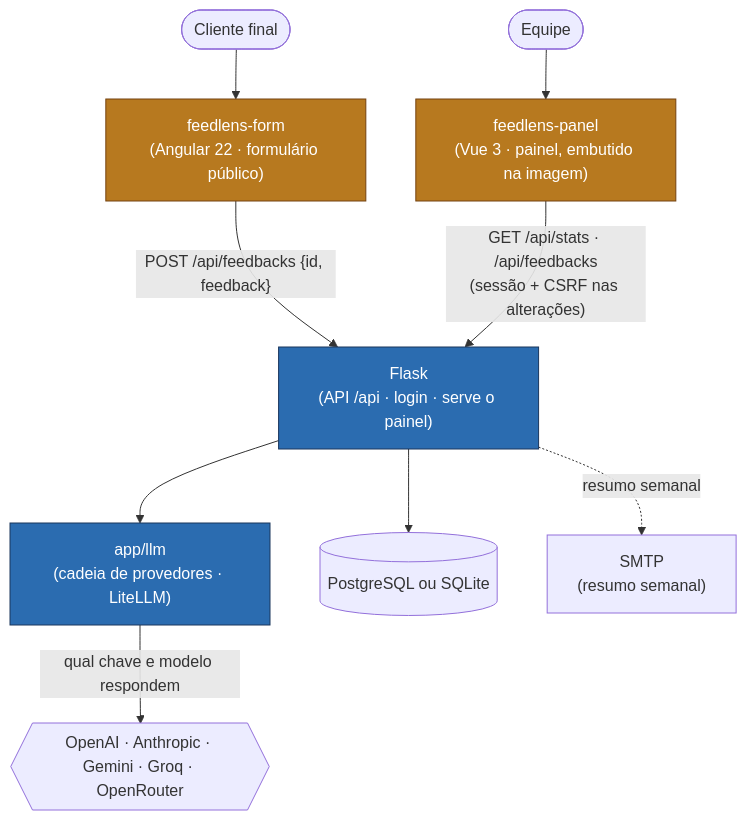
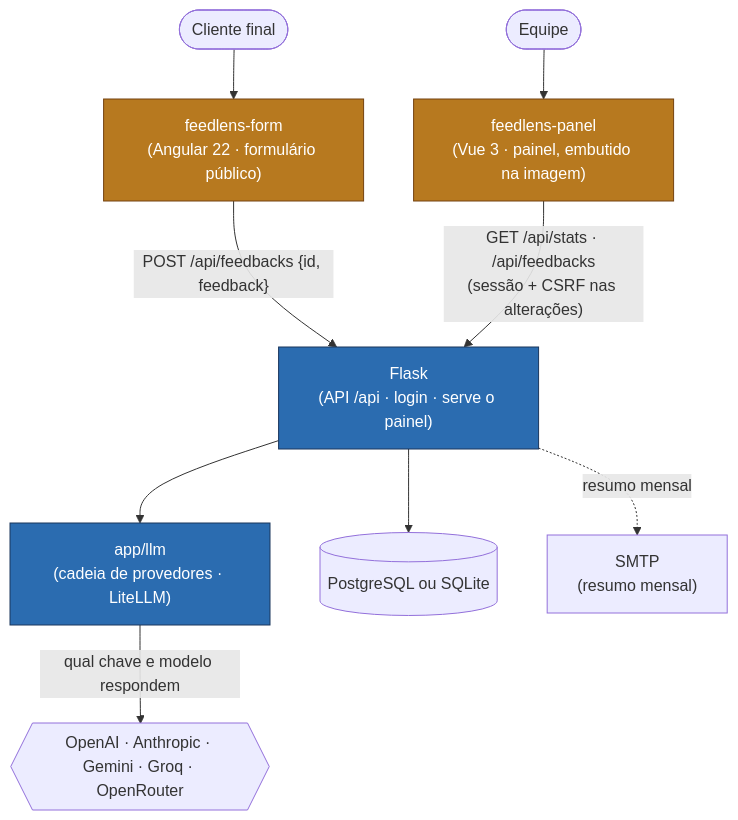
The first of 2 diagrams in ARCHITECTURE.md (IannCarvalho/feedlens), drawn with Mermaid before and after one commit. The commit also changed other lines of this file and 12 other files, not shown here.

First line of the commit message:
feat(email): resumo passa de semanal para mensal (mes civil anterior) (#79)

````diff
--- a/ARCHITECTURE.md
+++ b/ARCHITECTURE.md
@@ -62,26 +62,26 @@
 ```mermaid
 flowchart TD
     customer([Cliente final])
     team([Equipe])
     form["feedlens-form<br/>(Angular 22 · formulário público)"]
     panel["feedlens-panel<br/>(Vue 3 · painel, embutido na imagem)"]
     api["Flask<br/>(API /api · login · serve o painel)"]
     llmlayer["app/llm<br/>(cadeia de provedores · LiteLLM)"]
     llm{{"OpenAI · Anthropic · Gemini · Groq · OpenRouter"}}
     db[("PostgreSQL ou SQLite")]
-    mail["SMTP<br/>(resumo semanal)"]
+    mail["SMTP<br/>(resumo mensal)"]
 
     customer --> form
     form -- "POST /api/feedbacks {id, feedback}" --> api
     team --> panel
     panel -- "GET /api/stats · /api/feedbacks<br/>(sessão + CSRF nas alterações)" --> api
     api --> llmlayer
     llmlayer -- "qual chave e modelo respondem" --> llm
     api --> db
-    api -. resumo semanal .-> mail
+    api -. resumo mensal .-> mail
 
     classDef py fill:#2b6cb0,stroke:#1a365d,color:#fff;
     classDef js fill:#b7791f,stroke:#744210,color:#fff;
     class api,llmlayer py;
     class form,panel js;
 ```
````
